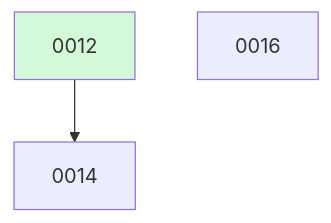
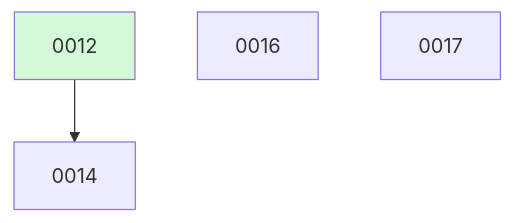
Before and after one commit to ethanhinson/fuse: the diagram in docs/changes/BOARD.md, drawn with Mermaid. The commit also changed other lines of this file, not shown here.

````diff
--- a/docs/changes/BOARD.md
+++ b/docs/changes/BOARD.md
@@ -17,7 +18,8 @@
 ```mermaid
 graph TD
   0012 --> 0014
   0016
+  0017
   0012:::done
   classDef done fill:#d3f9d8;
 ```
````
